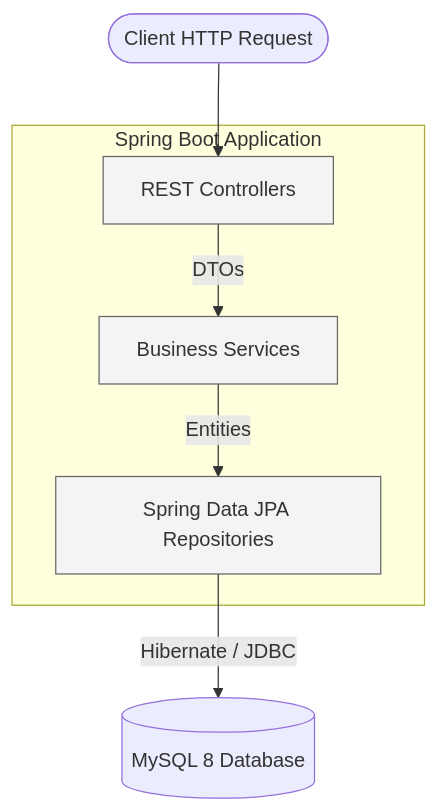
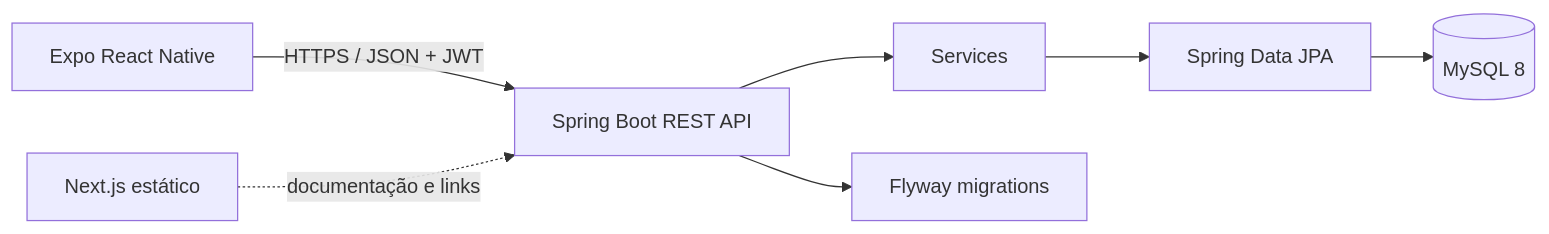
The diagram in README.md (CaioSouzx00/Agregador-de-Investimentos), drawn with Mermaid before and after one commit. The commit also changed other lines of this file and 194 other files, not shown here.

````diff
--- a/README.md
+++ b/README.md
@@ -42,14 +21,9 @@
 ```mermaid
-flowchart TD
-    Client([Client HTTP Request]) --> Controllers[REST Controllers]
-    
-    subgraph Spring Boot Application
-        Controllers -->|DTOs| Services[Business Services]
-        Services -->|Entities| Repositories[Spring Data JPA Repositories]
-    end
-    
-    Repositories -->|Hibernate / JDBC| DB[(MySQL 8 Database)]
-    
-    classDef appLayer fill:#f4f4f4,stroke:#666,stroke-width:1px;
-    class Controllers,Services,Repositories appLayer;
+flowchart LR
+    Mobile[Expo React Native] -->|HTTPS / JSON + JWT| API[Spring Boot REST API]
+    Website[Next.js estático] -. documentação e links .-> API
+    API --> Services[Services]
+    Services --> Repositories[Spring Data JPA]
+    Repositories --> MySQL[(MySQL 8)]
+    API --> Flyway[Flyway migrations]
 ```
````
